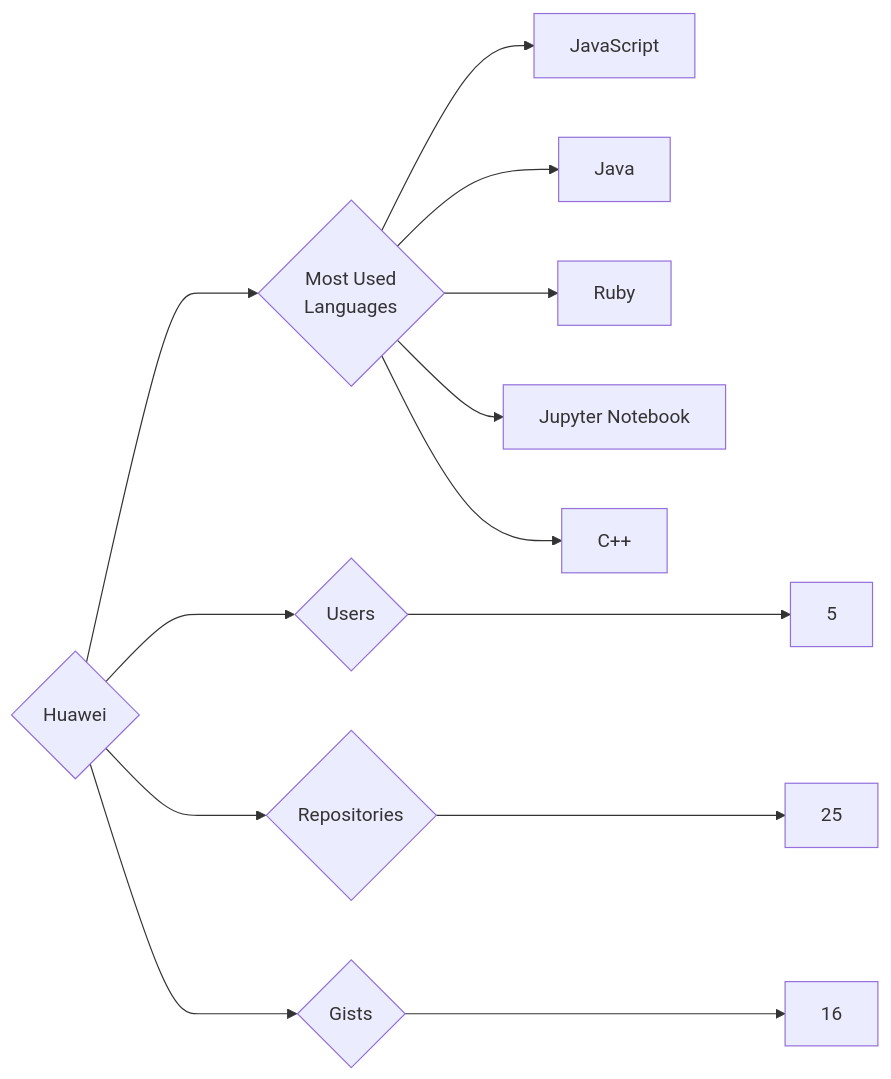
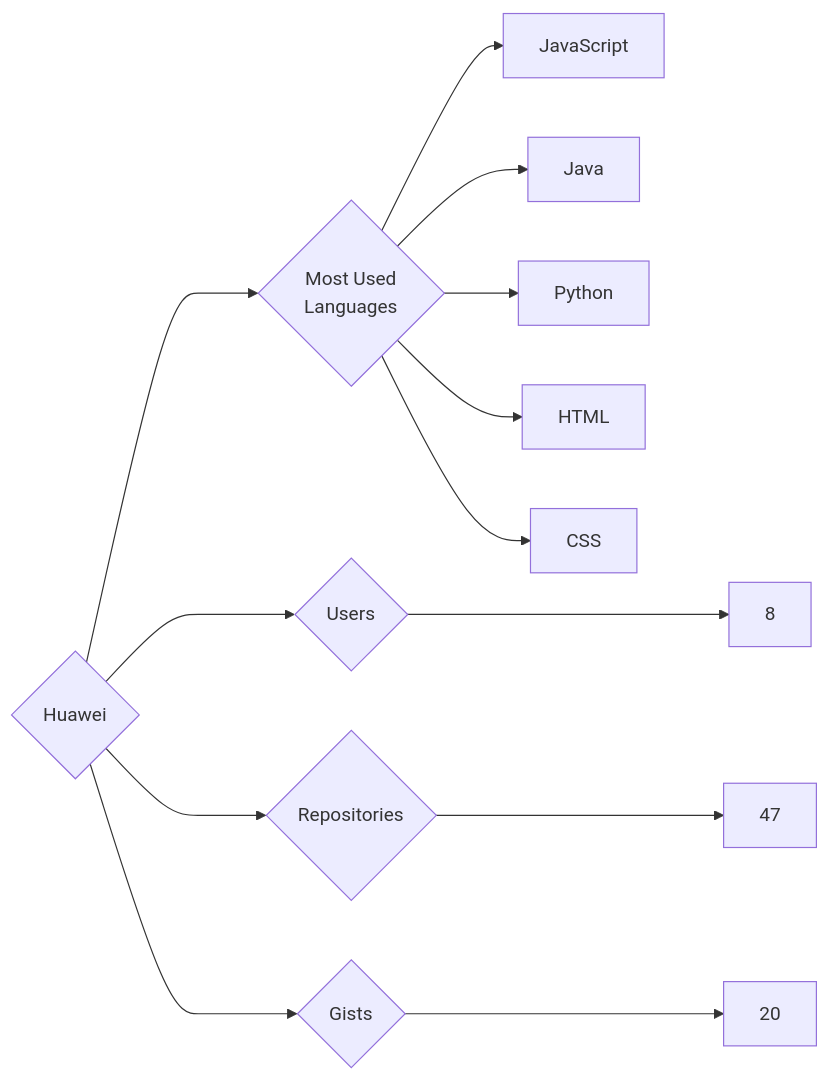
The diagram in targets/Huawei/README.md (trickest/insiders), drawn with Mermaid before and after one commit. The commit also changed 1212 other files, not shown here.

````diff
--- a/targets/Huawei/README.md
+++ b/targets/Huawei/README.md
@@ -3,13 +3,13 @@
 ```mermaid
 graph LR
 COMPANY_NAME{Huawei}
-COMPANY_NAME ---> U{Users} ---> UN[5]
-COMPANY_NAME ---> R{Repositories} ---> RN[25]
-COMPANY_NAME ---> G{Gists} ---> GN[16]
+COMPANY_NAME ---> U{Users} ---> UN[8]
+COMPANY_NAME ---> R{Repositories} ---> RN[47]
+COMPANY_NAME ---> G{Gists} ---> GN[20]
 COMPANY_NAME ---> ML{Most Used<br>Languages}
 ML --> JavaScript[JavaScript]
 ML --> Java[Java]
-ML --> Ruby[Ruby]
-ML --> Jupyter_Notebook[Jupyter Notebook]
-ML --> C++[C++]
+ML --> Python[Python]
+ML --> HTML[HTML]
+ML --> CSS[CSS]
 ```
````
